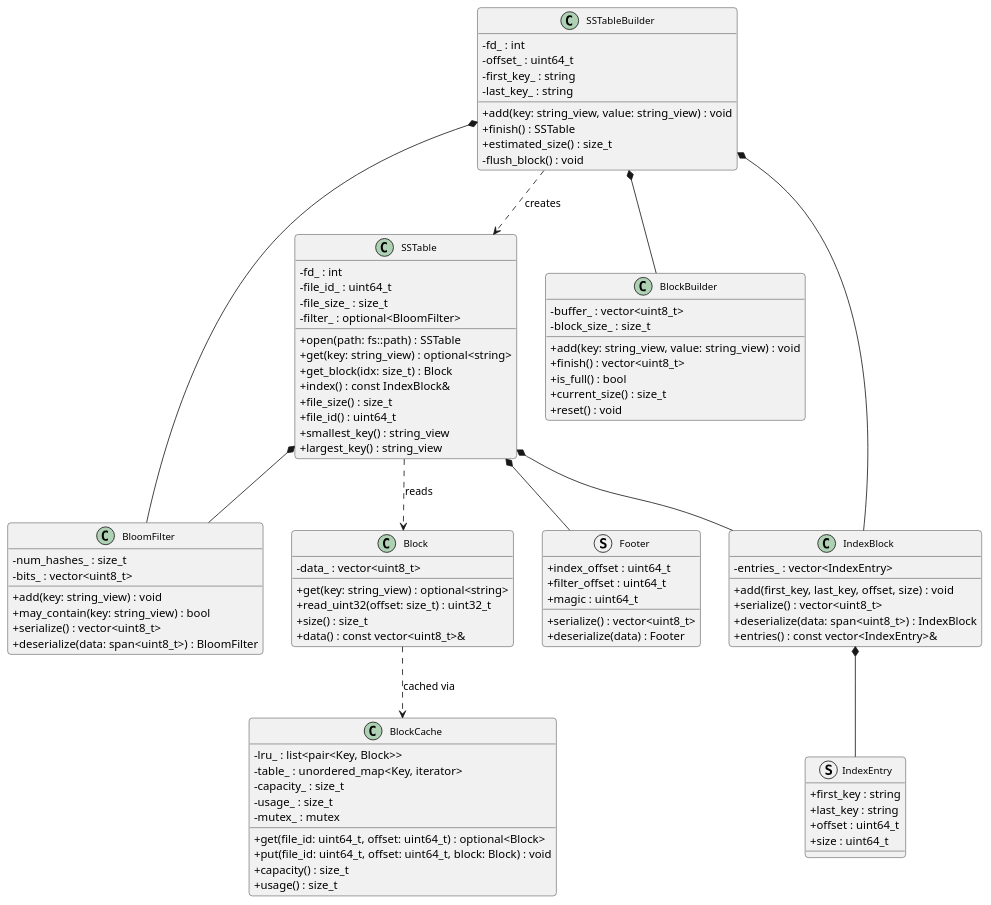
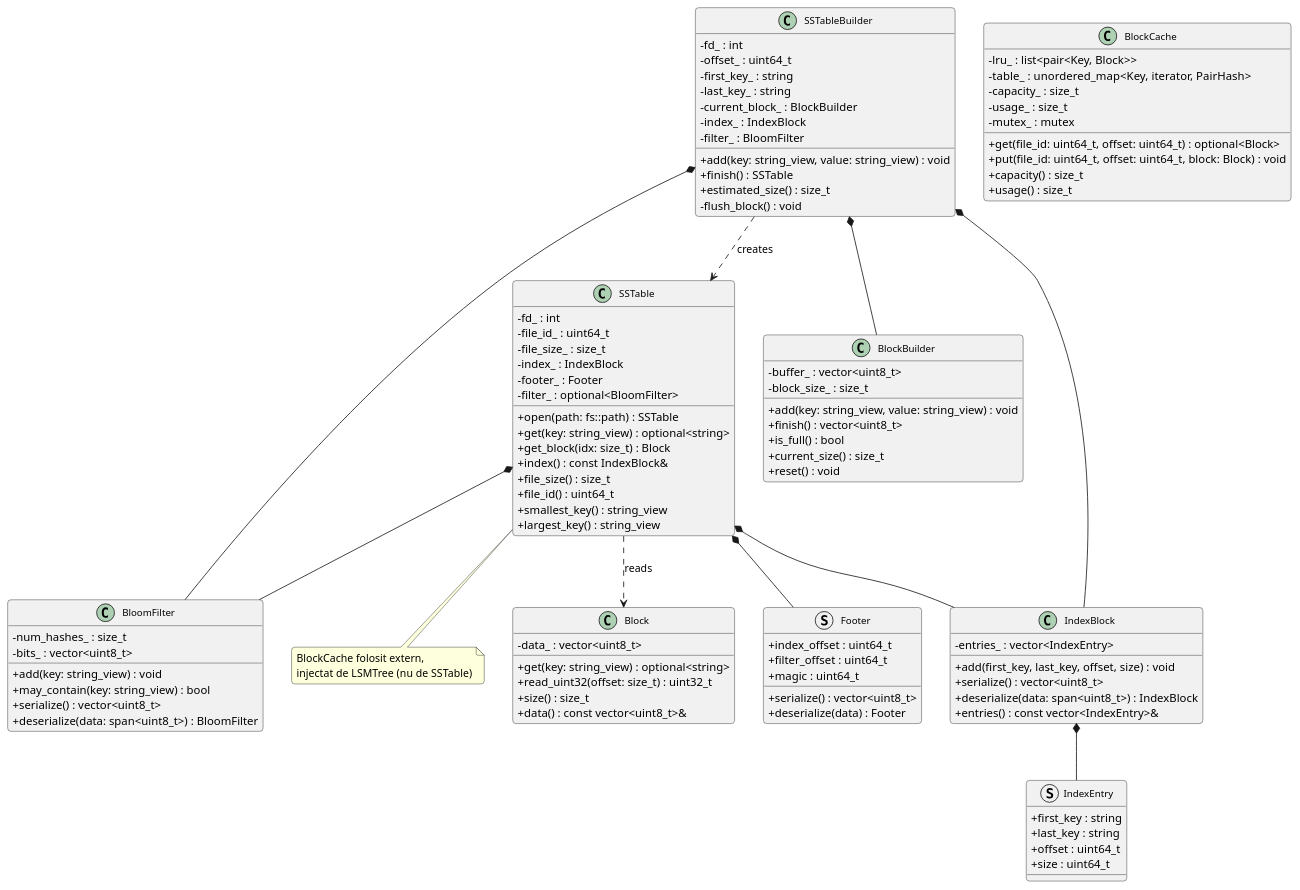
Before and after one commit to IulianBirladeanu07/lsm_tree: the diagram in docs/lsm_02_sstable.puml, drawn with PlantUML. The commit also changed 13 other files, not shown here.

Commit message:
updated existing documentation and diagrams

```diff
--- a/docs/lsm_02_sstable.puml
+++ b/docs/lsm_02_sstable.puml
@@ -1,106 +1,115 @@
 @startuml lsm_02_sstable
 skinparam classAttributeIconSize 0
 skinparam classFontSize 12
 skinparam roundCorner 8
 skinparam shadowing false
 
 class SSTable {
   + open(path: fs::path) : SSTable
   + get(key: string_view) : optional<string>
   + get_block(idx: size_t) : Block
   + index() : const IndexBlock&
   + file_size() : size_t
   + file_id() : uint64_t
   + smallest_key() : string_view
   + largest_key() : string_view
   - fd_ : int
   - file_id_ : uint64_t
   - file_size_ : size_t
+  - index_ : IndexBlock
+  - footer_ : Footer
   - filter_ : optional<BloomFilter>
 }
 
 class SSTableBuilder {
   + add(key: string_view, value: string_view) : void
   + finish() : SSTable
   + estimated_size() : size_t
   - flush_block() : void
   - fd_ : int
   - offset_ : uint64_t
   - first_key_ : string
   - last_key_ : string
+  - current_block_ : BlockBuilder
+  - index_ : IndexBlock
+  - filter_ : BloomFilter
 }
 
 class Block {
   + get(key: string_view) : optional<string>
   + read_uint32(offset: size_t) : uint32_t
   + size() : size_t
   + data() : const vector<uint8_t>&
   - data_ : vector<uint8_t>
 }
 
 class BlockBuilder {
   + add(key: string_view, value: string_view) : void
   + finish() : vector<uint8_t>
   + is_full() : bool
   + current_size() : size_t
   + reset() : void
   - buffer_ : vector<uint8_t>
   - block_size_ : size_t
 }
 
 class IndexBlock {
   + add(first_key, last_key, offset, size) : void
   + serialize() : vector<uint8_t>
   + deserialize(data: span<uint8_t>) : IndexBlock
   + entries() : const vector<IndexEntry>&
   - entries_ : vector<IndexEntry>
 }
 
 struct IndexEntry {
   + first_key : string
   + last_key : string
   + offset : uint64_t
   + size : uint64_t
 }
 
 struct Footer {
   + index_offset : uint64_t
   + filter_offset : uint64_t
   + magic : uint64_t
   + serialize() : vector<uint8_t>
   + deserialize(data) : Footer
 }
 
 class BloomFilter {
   + add(key: string_view) : void
   + may_contain(key: string_view) : bool
   + serialize() : vector<uint8_t>
   + deserialize(data: span<uint8_t>) : BloomFilter
   - num_hashes_ : size_t
   - bits_ : vector<uint8_t>
 }
 
 class BlockCache {
   + get(file_id: uint64_t, offset: uint64_t) : optional<Block>
   + put(file_id: uint64_t, offset: uint64_t, block: Block) : void
   + capacity() : size_t
   + usage() : size_t
   - lru_ : list<pair<Key, Block>>
-  - table_ : unordered_map<Key, iterator>
+  - table_ : unordered_map<Key, iterator, PairHash>
   - capacity_ : size_t
   - usage_ : size_t
   - mutex_ : mutex
 }
 
 SSTable *-- IndexBlock
 SSTable *-- Footer
 SSTable *-- BloomFilter
 SSTable ..> Block : reads
 SSTableBuilder ..> SSTable : creates
 SSTableBuilder *-- BlockBuilder
 SSTableBuilder *-- IndexBlock
 SSTableBuilder *-- BloomFilter
 IndexBlock *-- IndexEntry
-Block ..> BlockCache : cached via
+
+note bottom of SSTable
+  BlockCache folosit extern,
+  injectat de LSMTree (nu de SSTable)
+end note
 
 @enduml
```
